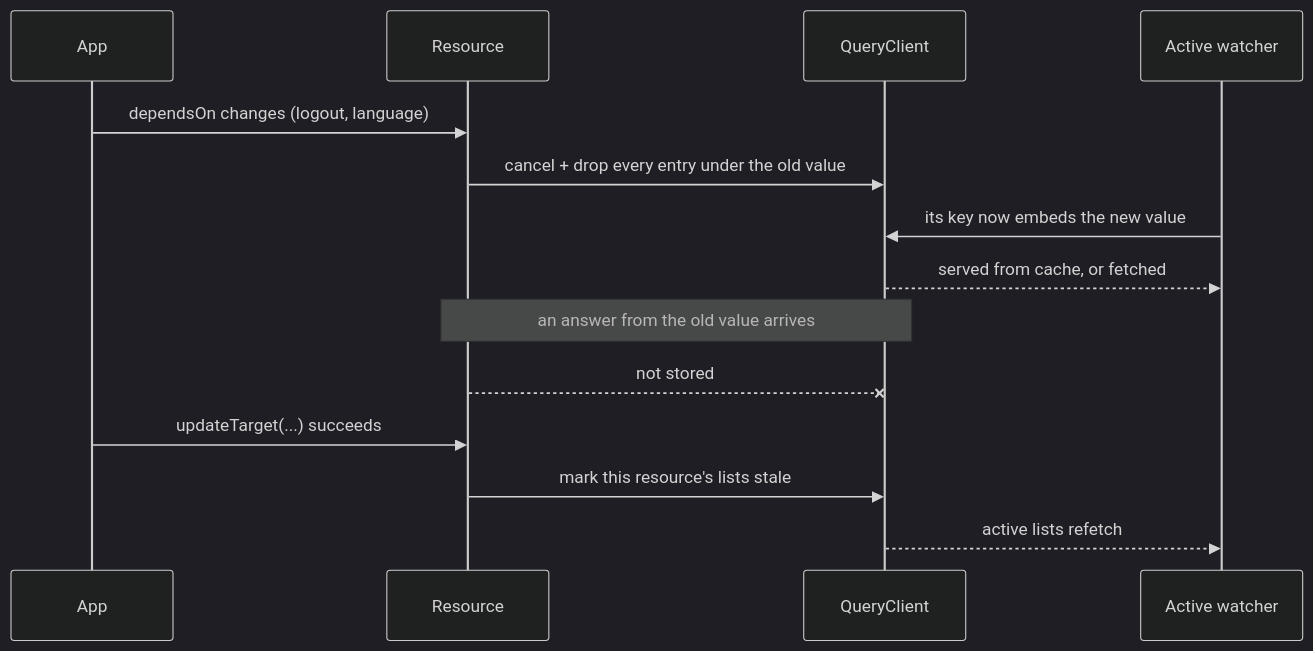
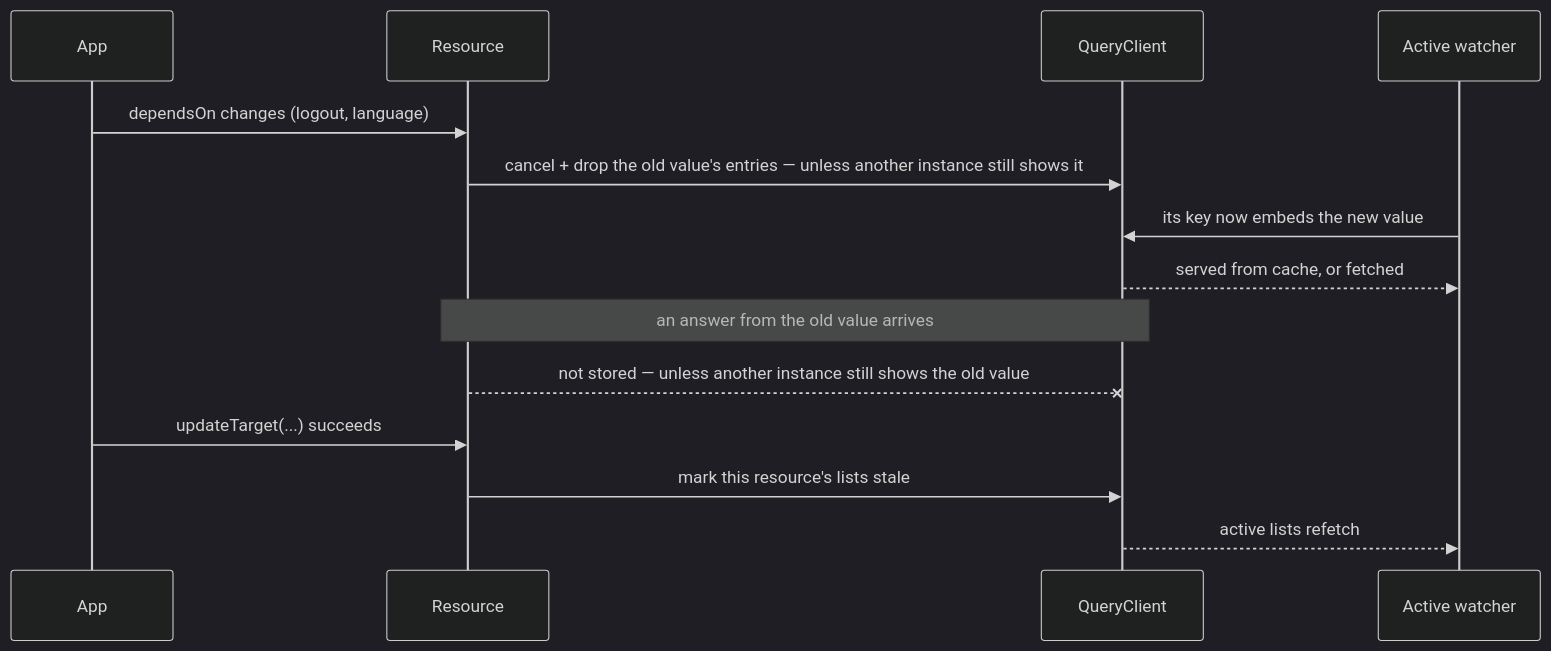
Before and after one commit to Guebbit/vue-toolkit: the fourth of 4 diagrams in docs/composables/structure-rest-api.md, drawn with Mermaid (dark theme). The commit also changed other lines of this file and 71 other files, not shown here.

First line of the commit message:
fix: resolve the 5.0 architectural findings (A1-A12)

````diff
--- a/docs/composables/structure-rest-api.md
+++ b/docs/composables/structure-rest-api.md
@@ -484,16 +523,16 @@
 ```mermaid
 sequenceDiagram
     participant App
     participant Res as Resource
     participant QC as QueryClient
     participant W as Active watcher
     App->>Res: dependsOn changes (logout, language)
-    Res->>QC: cancel + drop every entry under the old value
+    Res->>QC: cancel + drop the old value's entries — unless another instance still shows it
     W->>QC: its key now embeds the new value
     QC-->>W: served from cache, or fetched
     Note over Res,QC: an answer from the old value arrives
-    Res--xQC: not stored
+    Res--xQC: not stored — unless another instance still shows the old value
     App->>Res: updateTarget(...) succeeds
     Res->>QC: mark this resource's lists stale
     QC-->>W: active lists refetch
 ```
````
